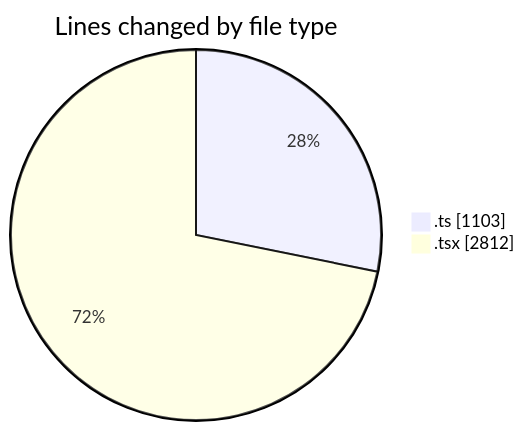
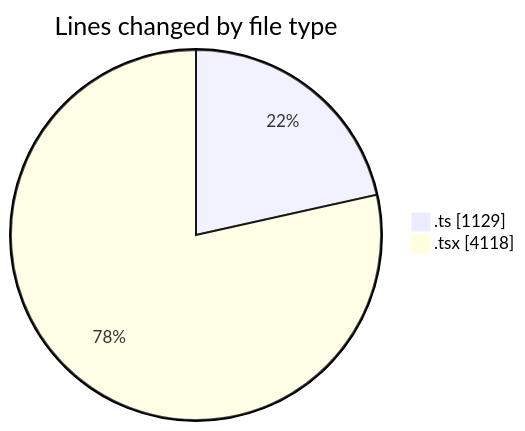
The first of 2 diagrams in 2025-09-02/cda/README.md (momahboobian/code-tracking), drawn with Mermaid before and after one commit. The commit also changed other lines of this file and 1 other file, not shown here.

````diff
--- a/2025-09-02/cda/README.md
+++ b/2025-09-02/cda/README.md
@@ -29,6 +29,6 @@
 ```mermaid
 pie showData
 title Lines changed by file type
-".ts" : 1103
-".tsx" : 2812
+".ts" : 1129
+".tsx" : 4118
 ```
````
